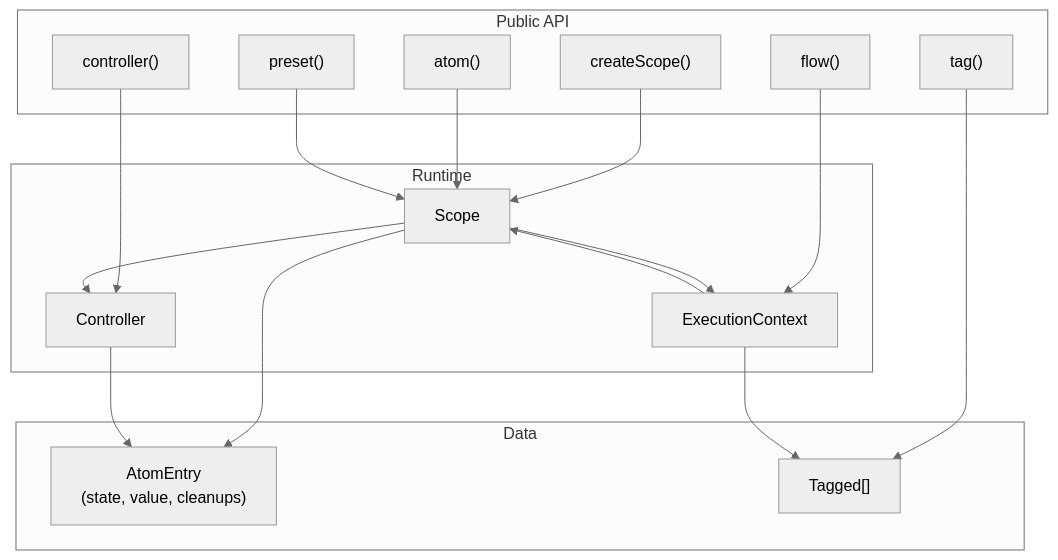
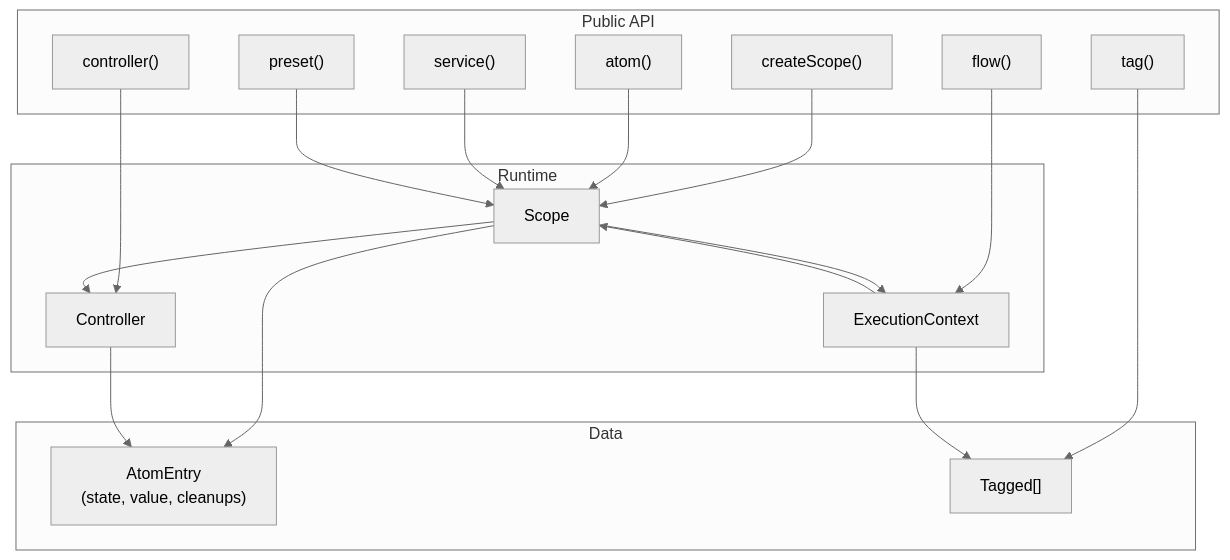
One commit to pumped-fn/pumped-fn changed the first of 3 diagrams in .c3/c3-2-lite/README.md. Above: the diagram before and after it, drawn with Mermaid (neutral theme).

Commit message:
docs(c3): add service() to Component Relationships diagram
Addresses review: service() was missing from Public API section
in the mermaid diagram.

🤖 Generated with [Claude Code](https://claude.com/claude-code)

````diff
--- a/.c3/c3-2-lite/README.md
+++ b/.c3/c3-2-lite/README.md
@@ -44,36 +44,38 @@
 ```mermaid
 graph TB
     subgraph "Public API"
         createScope["createScope()"]
         atom["atom()"]
+        service["service()"]
         flow["flow()"]
         tag["tag()"]
         preset["preset()"]
         controller["controller()"]
     end
 
     subgraph "Runtime"
         Scope["Scope"]
         Controller["Controller"]
         ExecutionContext["ExecutionContext"]
     end
 
     subgraph "Data"
         AtomEntry["AtomEntry<br/>(state, value, cleanups)"]
         Tags["Tagged[]"]
     end
 
     createScope --> Scope
     atom --> Scope
+    service --> Scope
     flow --> ExecutionContext
     tag --> Tags
     preset --> Scope
     controller --> Controller
 
     Scope --> AtomEntry
     Scope --> Controller
     Scope --> ExecutionContext
     Controller --> AtomEntry
     ExecutionContext --> Scope
     ExecutionContext --> Tags
 ```
````
